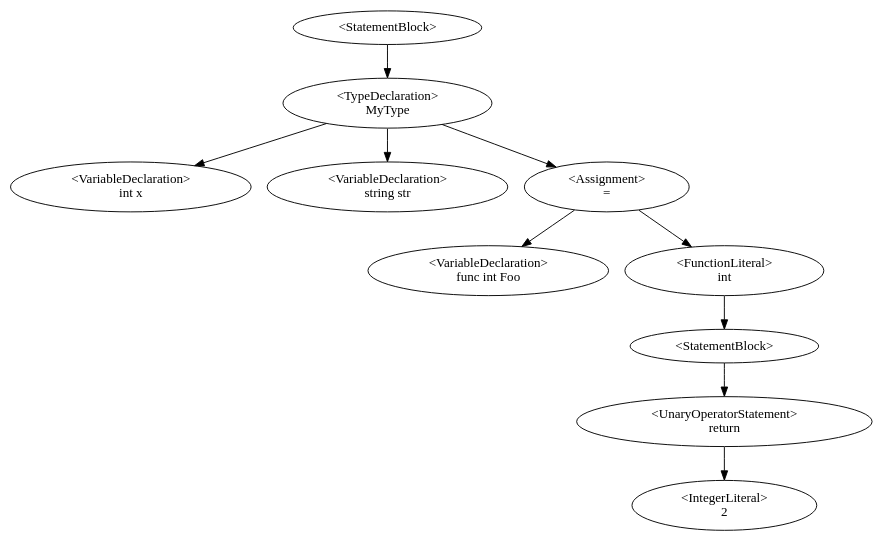
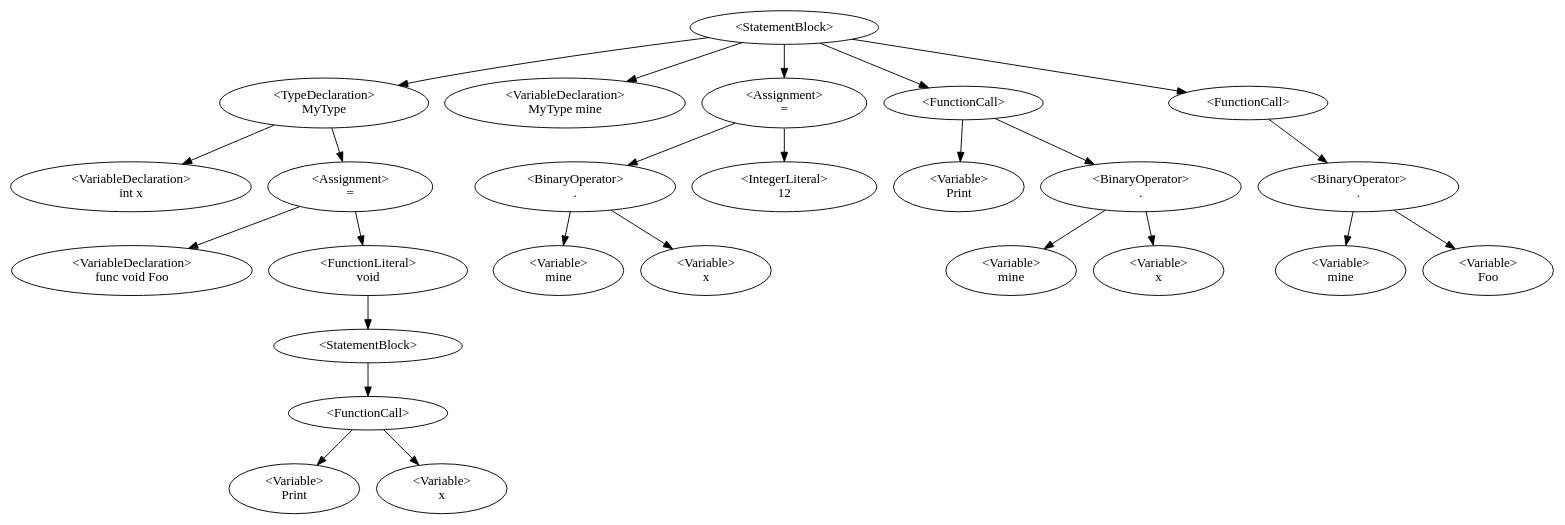
The diagram in Dino/Dino/AstDisplay.gv (QazmoQwerty/dino), drawn with Graphviz before and after one commit. The commit also changed 6 other files, not shown here.

```diff
--- a/Dino/Dino/AstDisplay.gv
+++ b/Dino/Dino/AstDisplay.gv
@@ -1,14 +1,28 @@
 digraph G {
-0 [label="<StatementBlock>"];0->1;
-1 [label="<TypeDeclaration>
-MyType"];1->2;1->3;1->5;
+0 [label="<StatementBlock>"];0->1;0->10;0->14;0->17;0->24;
+1 [label="<TypeDeclaration>\nMyType"];1->2;1->4;
 2 [label="<VariableDeclaration>\nint x"];
-3 [label="<VariableDeclaration>\nstring str"];
-5 [label="<Assignment>\n="];5->4;5->6;
-4 [label="<VariableDeclaration>\nfunc int Foo"];
-6 [label="<FunctionLiteral>
-int"];6->7;
-7 [label="<StatementBlock>"];7->8;
-8 [label="<UnaryOperatorStatement>\nreturn"];8->9;
-9 [label="<IntegerLiteral>\n2"];
+4 [label="<Assignment>\n="];4->3;4->5;
+3 [label="<VariableDeclaration>\nfunc void Foo"];
+5 [label="<FunctionLiteral>
+void"];5->6;
+6 [label="<StatementBlock>"];6->8;
+8 [label="<FunctionCall>\n"];8->7;8->9;
+7 [label="<Variable>\nPrint"];
+9 [label="<Variable>\nx"];
+10 [label="<VariableDeclaration>\nMyType mine"];
+14 [label="<Assignment>\n="];14->12;14->15;
+12 [label="<BinaryOperator>\n."];12->11;12->13;
+11 [label="<Variable>\nmine"];
+13 [label="<Variable>\nx"];
+15 [label="<IntegerLiteral>\n12"];
+17 [label="<FunctionCall>\n"];17->16;17->19;
+16 [label="<Variable>\nPrint"];
+19 [label="<BinaryOperator>\n."];19->18;19->20;
+18 [label="<Variable>\nmine"];
+20 [label="<Variable>\nx"];
+24 [label="<FunctionCall>\n"];24->22;
+22 [label="<BinaryOperator>\n."];22->21;22->23;
+21 [label="<Variable>\nmine"];
+23 [label="<Variable>\nFoo"];
 }
```
